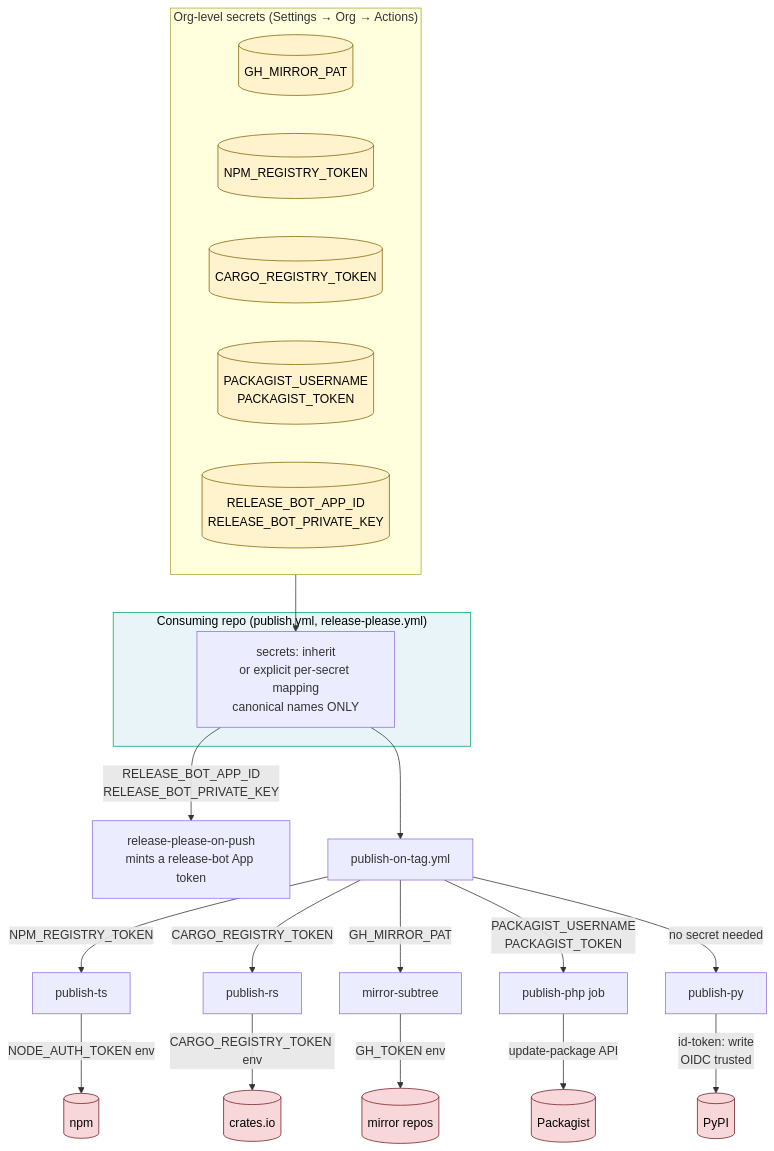
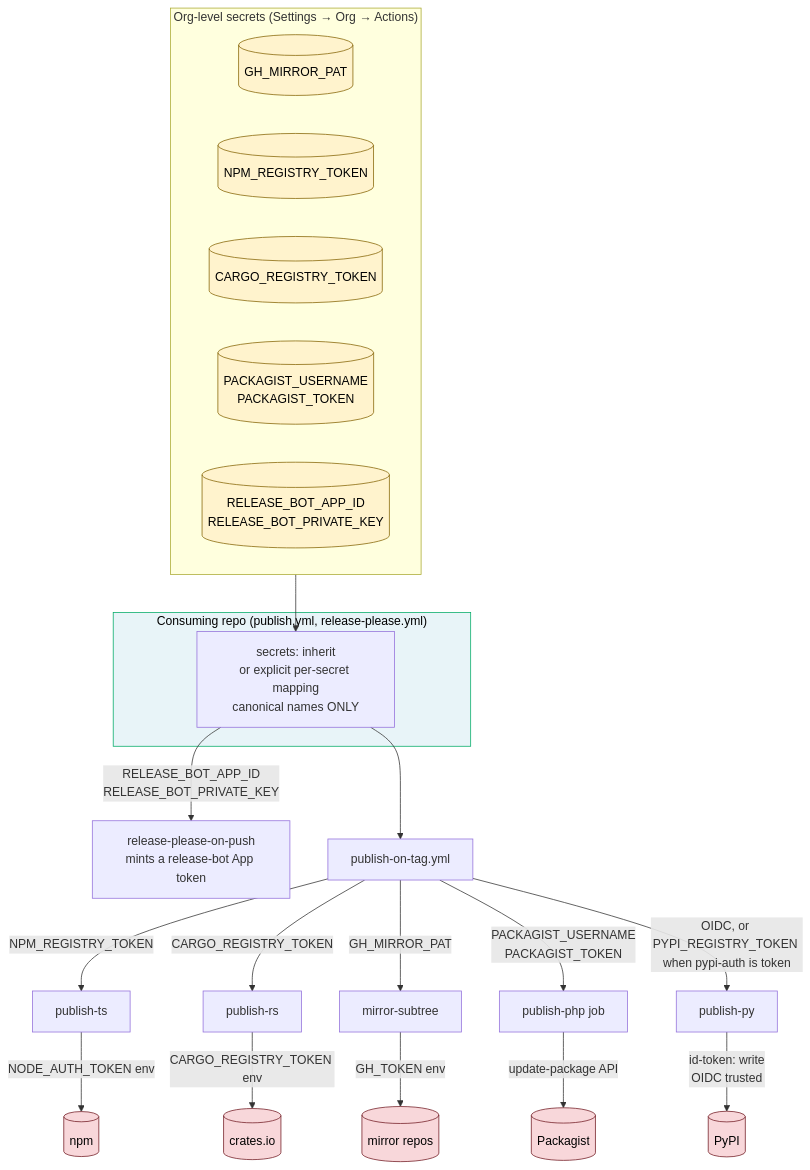
Before and after one commit to hop-top/.github: the diagram in docs/diagrams/secret-flow.mmd, drawn with Mermaid. The commit also changed 3 other files, not shown here.

First line of the commit message:
docs(architecture): fix router diagram parse, PyPI secret edge, tag names

```diff
--- a/docs/diagrams/secret-flow.mmd
+++ b/docs/diagrams/secret-flow.mmd
@@ -1,36 +1,36 @@
 flowchart TB
     subgraph OrgLevel ["Org-level secrets (Settings → Org → Actions)"]
         GH_MIRROR_PAT[(GH_MIRROR_PAT)]
         NPM_REGISTRY_TOKEN[(NPM_REGISTRY_TOKEN)]
         CARGO[(CARGO_REGISTRY_TOKEN)]
         PACKAGIST_SECRETS[(PACKAGIST_USERNAME<br/>PACKAGIST_TOKEN)]
         RELEASE_BOT[(RELEASE_BOT_APP_ID<br/>RELEASE_BOT_PRIVATE_KEY)]
     end
 
     subgraph ConsumerRepo ["Consuming repo (publish.yml, release-please.yml)"]
         Inherit[secrets: inherit<br/>or explicit per-secret mapping<br/>canonical names ONLY]
     end
 
     OrgLevel --> Inherit
 
     Inherit -->|RELEASE_BOT_APP_ID<br/>RELEASE_BOT_PRIVATE_KEY| ReleasePleaseJob[release-please-on-push<br/>mints a release-bot App token]
     Inherit --> Router[publish-on-tag.yml]
 
     Router -->|NPM_REGISTRY_TOKEN| PubTS[publish-ts]
     Router -->|CARGO_REGISTRY_TOKEN| PubRS[publish-rs]
     Router -->|GH_MIRROR_PAT| Mirror[mirror-subtree]
     Router -->|PACKAGIST_USERNAME<br/>PACKAGIST_TOKEN| PubPHP[publish-php job]
-    Router -->|no secret needed| PubPY[publish-py]
+    Router -->|"OIDC, or PYPI_REGISTRY_TOKEN when pypi-auth is token"| PubPY[publish-py]
 
     PubTS -->|NODE_AUTH_TOKEN env| NPM[(npm)]
     PubRS -->|CARGO_REGISTRY_TOKEN env| Crates[(crates.io)]
     Mirror -->|GH_TOKEN env| Targets[(mirror repos)]
     PubPHP -->|update-package API| PackagistReg[(Packagist)]
     PubPY -->|id-token: write<br/>OIDC trusted| PyPI[(PyPI)]
 
     classDef secret fill:#fff3cd,stroke:#856404,color:#000
     classDef registry fill:#f8d7da,stroke:#721c24,color:#000
     classDef consumer fill:#e8f4f8,stroke:#0a6,color:#000
     class GH_MIRROR_PAT,NPM_REGISTRY_TOKEN,CARGO,PACKAGIST_SECRETS,RELEASE_BOT secret
     class NPM,Crates,Targets,PackagistReg,PyPI registry
     class ConsumerRepo consumer
```
